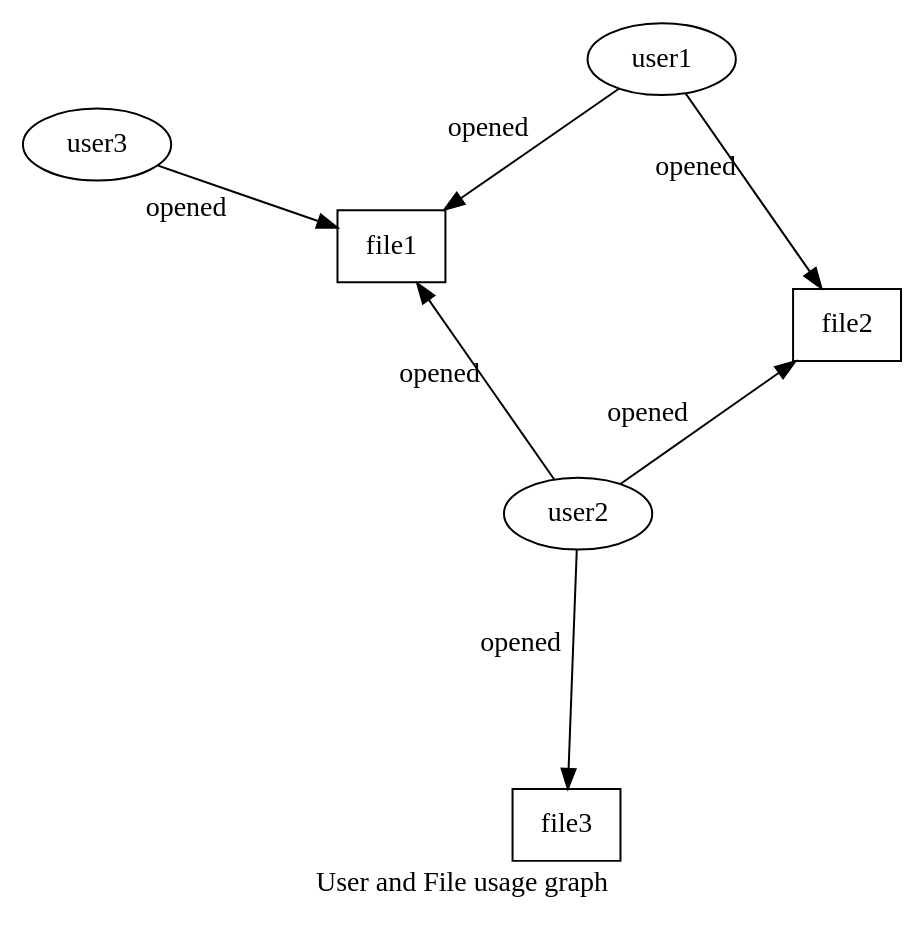
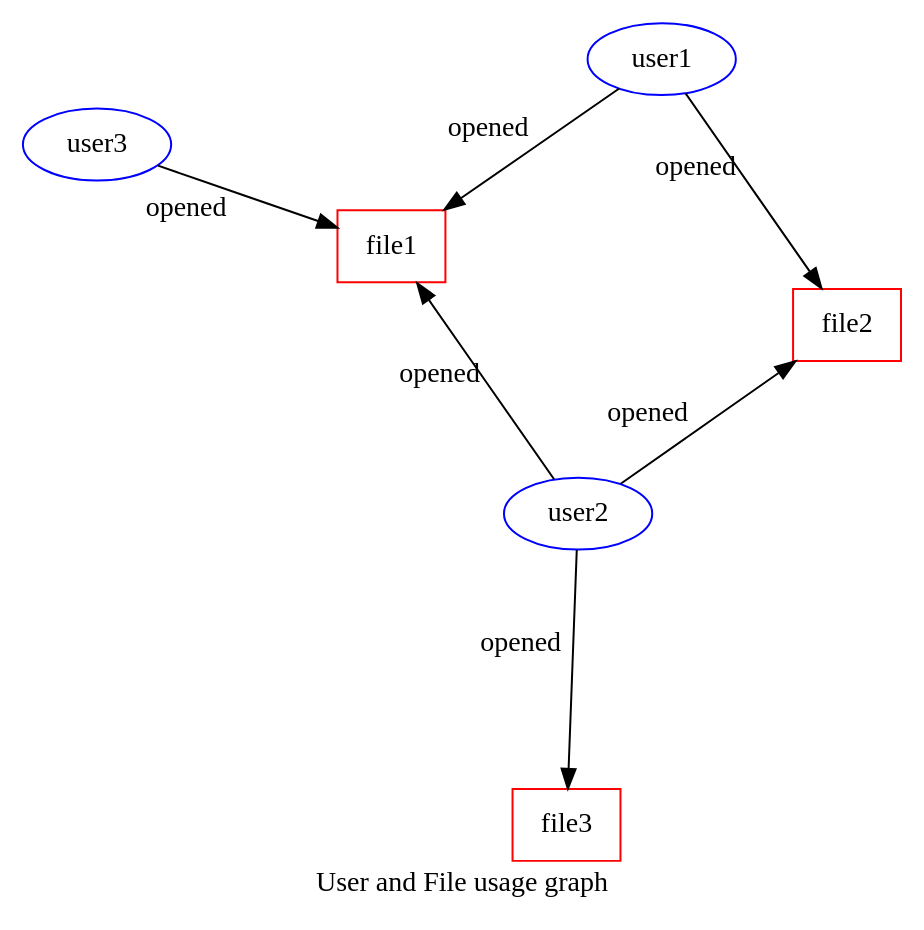
The diagram in tools/graphviz/examples/files_users.dot (satishgoda/visualization), drawn with Graphviz before and after one commit.

```diff
--- a/tools/graphviz/examples/files_users.dot
+++ b/tools/graphviz/examples/files_users.dot
@@ -1,30 +1,26 @@
 digraph {
     label = "User and File usage graph";
     
     /*
     layout = dot;
     rankdir = LR;
     ranksep = 2;
     */
     
     layout = neato;
     overlap = scalex;
     sep = 1.3;
     
-    node [shape="box"];
+    node [shape="box", color="red"] {
+        file1 file2 file3
+    };
     
-    file1;
-    file2;
-    file3;
-    
-    node [shape="ellipse"];
-    
-    user1;
-    user2;
-    user3;
+    node [shape="ellipse", color="blue"] {
+        user1 user2 user3
+    };
     
     user1 -> {file1 file2} [label="opened"];
-    user2 -> {file1 file2; file3} [label="opened"];
+    user2 -> {file1 file2 file3} [label="opened"];
     user3 -> {file1} [label="opened"];
     
 }
```
